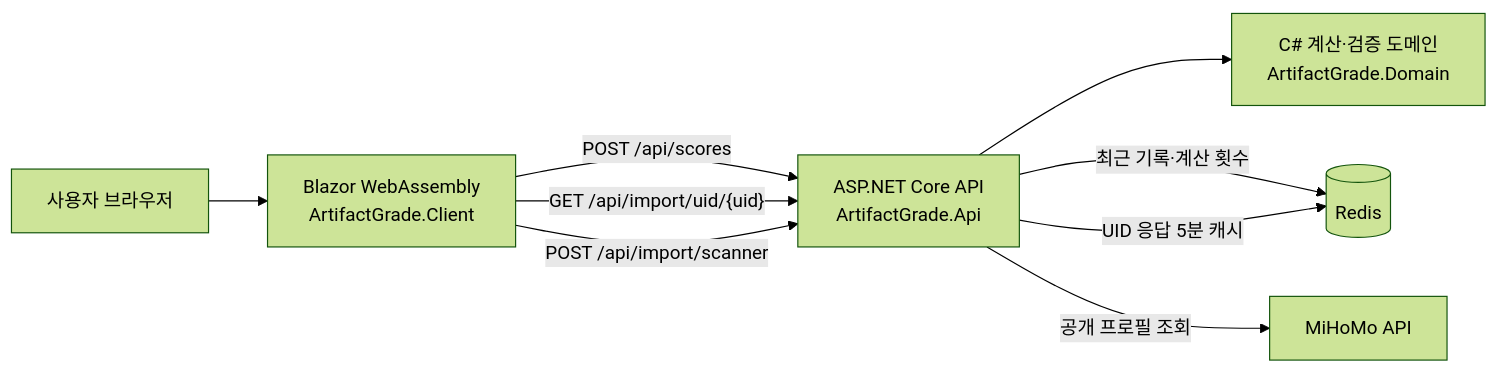
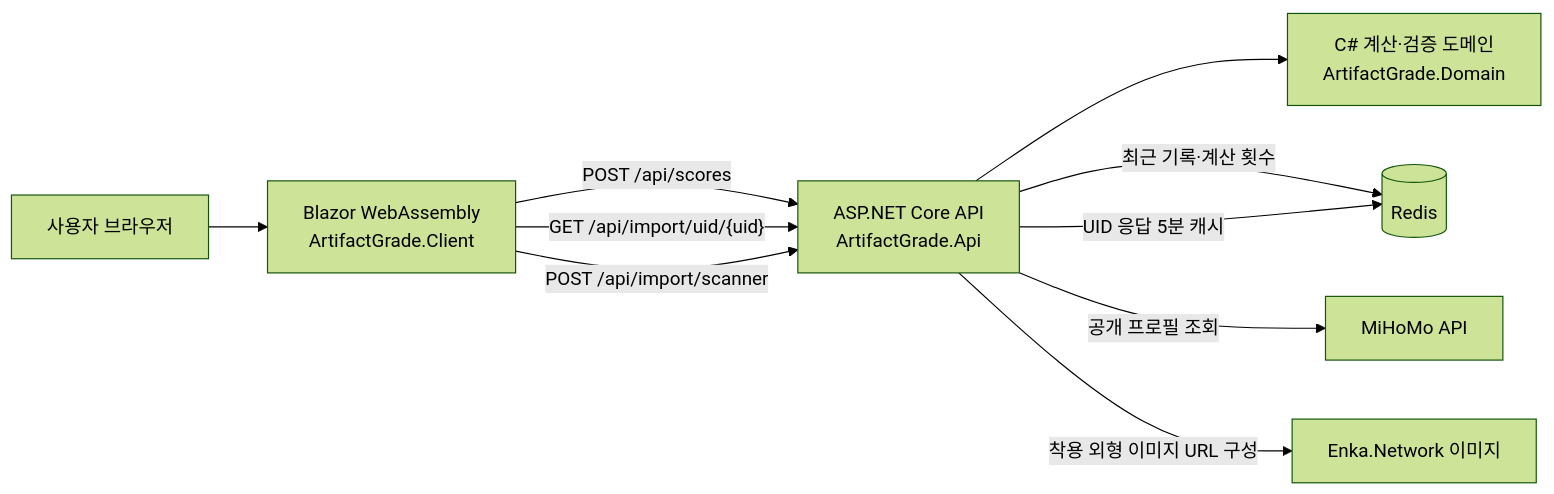
Before and after one commit to arke0909/Honkai-Starrail-Artifact-Grade: the diagram in README.md, drawn with Mermaid (forest theme). The commit also changed other lines of this file and 12 other files, not shown here.

````diff
--- a/README.md
+++ b/README.md
@@ -27,11 +27,12 @@
 ```mermaid
 flowchart LR
     U["사용자 브라우저"] --> C["Blazor WebAssembly\nArtifactGrade.Client"]
     C -->|"POST /api/scores"| A["ASP.NET Core API\nArtifactGrade.Api"]
     C -->|"GET /api/import/uid/{uid}"| A
     C -->|"POST /api/import/scanner"| A
     A --> D["C# 계산·검증 도메인\nArtifactGrade.Domain"]
     A -->|"최근 기록·계산 횟수"| R[(Redis)]
     A -->|"공개 프로필 조회"| M["MiHoMo API"]
+    A -->|"착용 외형 이미지 URL 구성"| E["Enka.Network 이미지"]
     A -->|"UID 응답 5분 캐시"| R
 ```
````
